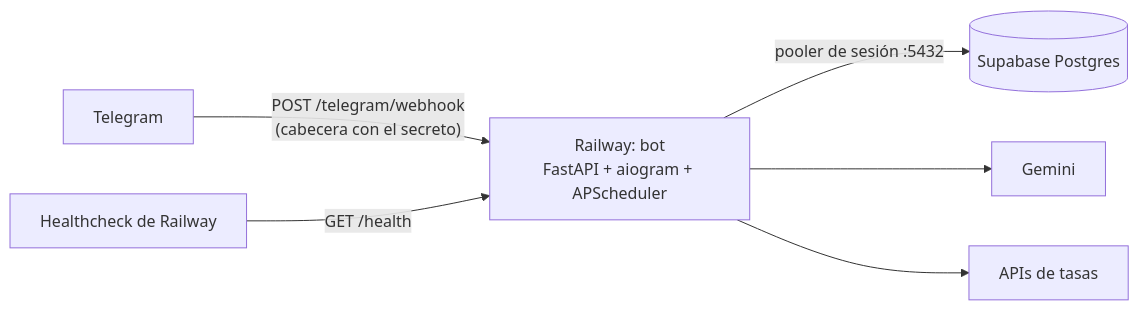
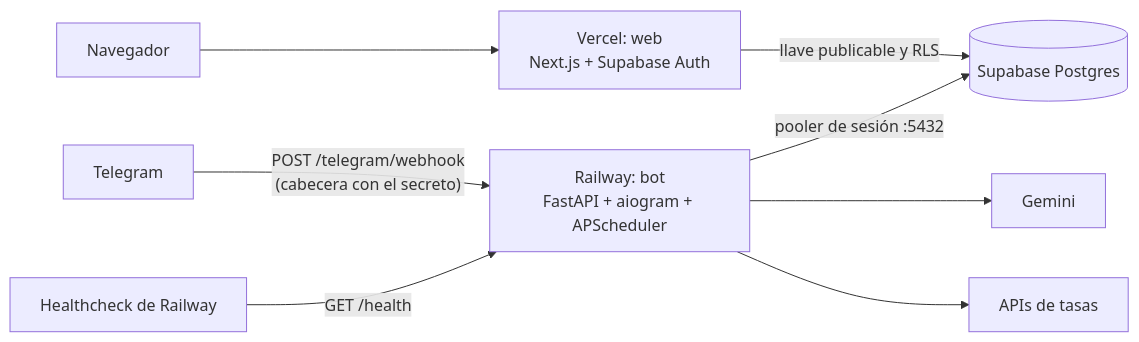
One commit to FranklyBautista/asistente-gastos-multimoneda changed the diagram in docs/DESPLIEGUE.md. Above: the diagram before and after it, drawn with Mermaid. The commit also changed other lines of this file and 3 other files, not shown here.

First line of the commit message:
docs: despliegue de la web en Vercel y autodeploy de Railway (Fase 9)

````diff
--- a/docs/DESPLIEGUE.md
+++ b/docs/DESPLIEGUE.md
@@ -5,8 +5,10 @@
 ```mermaid
 flowchart LR
   T["Telegram"] -- "POST /telegram/webhook<br/>(cabecera con el secreto)" --> R["Railway: bot<br/>FastAPI + aiogram + APScheduler"]
   R -- "pooler de sesión :5432" --> S[("Supabase Postgres")]
   R --> G["Gemini"]
   R --> A["APIs de tasas"]
   RW["Healthcheck de Railway"] -- "GET /health" --> R
+  N["Navegador"] --> V["Vercel: web<br/>Next.js + Supabase Auth"]
+  V -- "llave publicable y RLS" --> S
 ```
````
